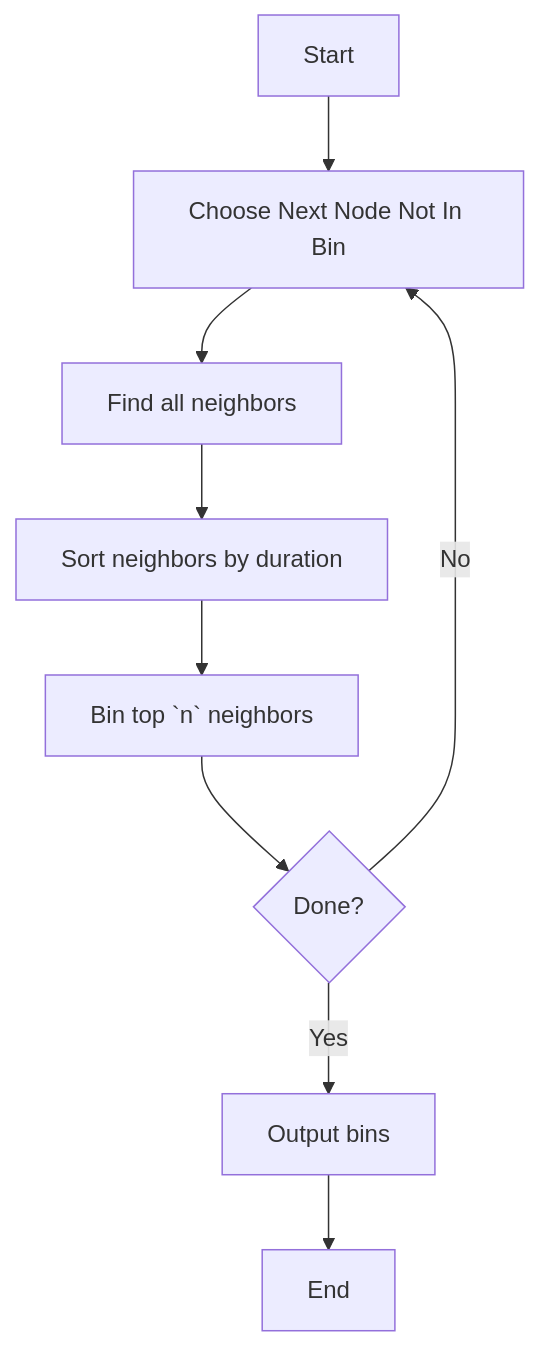
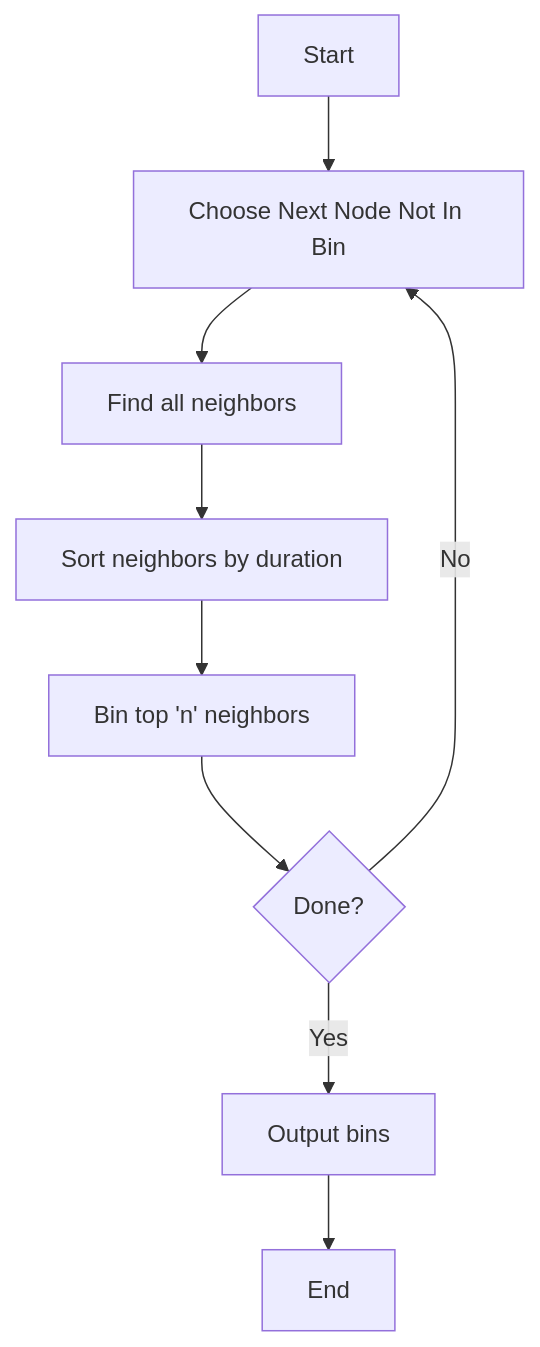
One commit to jackzellweger/ligo-binning changed the diagram in README.md. Above: the diagram before and after it, drawn with Mermaid.

````diff
--- a/README.md
+++ b/README.md
@@ -566,11 +566,11 @@
 ```mermaid
 graph TD
 A[Start] --> B[Choose Next Node Not In Bin]
 B --> Q[Find all neighbors]
 Q --> R[Sort neighbors by duration]
-R --> C[Bin top `n` neighbors]
+R --> C[Bin top 'n' neighbors]
 C --> D{Done?}
 D -- No --> B
 D -- Yes --> E[Output bins]
 E --> End[End]
 ```
````
